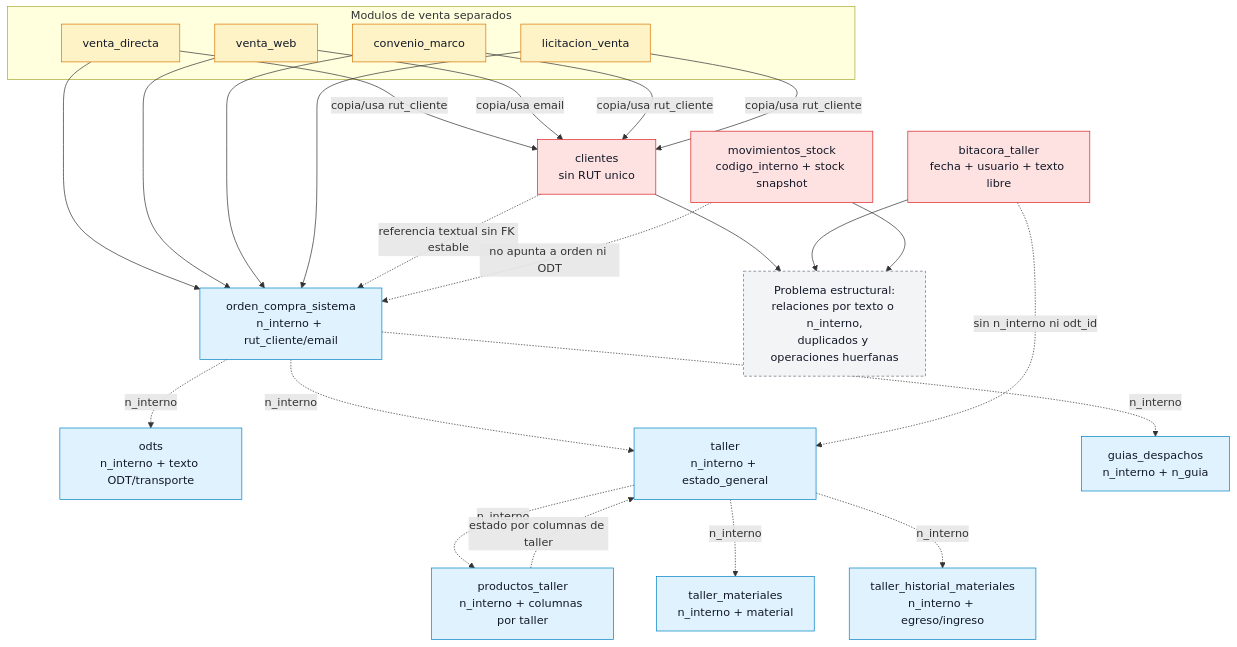
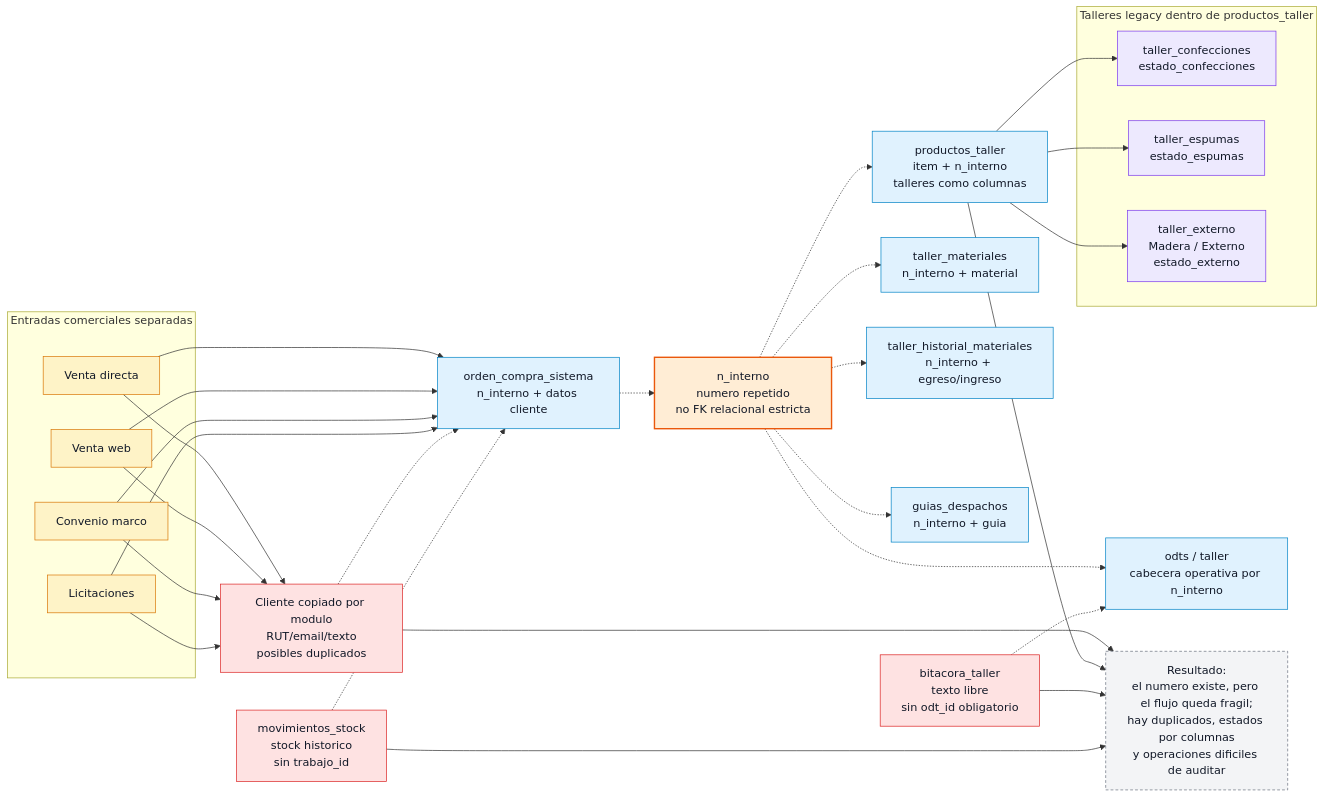
Before and after one commit to omilion/demo-ERP: the first of 2 diagrams in docs/flujos-erp-viejo-vs-nuevo-2026-05-19.md, drawn with Mermaid. The commit also changed other lines of this file, not shown here.

Commit message:
Refine ERP workflow charts

````diff
--- a/docs/flujos-erp-viejo-vs-nuevo-2026-05-19.md
+++ b/docs/flujos-erp-viejo-vs-nuevo-2026-05-19.md
@@ -10,51 +9,63 @@
 ```mermaid
-flowchart TB
-  classDef module fill:#FEF3C7,stroke:#D97706,color:#111827,stroke-width:1px
+flowchart LR
+  classDef entry fill:#FEF3C7,stroke:#D97706,color:#111827,stroke-width:1px
+  classDef weak fill:#FEE2E2,stroke:#DC2626,color:#111827,stroke-width:1px
   classDef tbl fill:#E0F2FE,stroke:#0284C7,color:#111827,stroke-width:1px
-  classDef weak fill:#FEE2E2,stroke:#DC2626,color:#111827,stroke-width:1px
-  classDef note fill:#F3F4F6,stroke:#6B7280,color:#111827,stroke-dasharray:4 3
+  classDef key fill:#FFEDD5,stroke:#EA580C,color:#111827,stroke-width:2px
+  classDef shop fill:#EDE9FE,stroke:#7C3AED,color:#111827,stroke-width:1px
+  classDef problem fill:#F3F4F6,stroke:#6B7280,color:#111827,stroke-dasharray:4 3
 
-  subgraph M["Modulos de venta separados"]
-    VD["venta_directa"]:::module
-    VW["venta_web"]:::module
-    CM["convenio_marco"]:::module
-    LV["licitacion_venta"]:::module
+  subgraph V["Entradas comerciales separadas"]
+    VD["Venta directa"]:::entry
+    VW["Venta web"]:::entry
+    CM["Convenio marco"]:::entry
+    LV["Licitaciones"]:::entry
   end
 
-  C["clientes<br/>sin RUT unico"]:::weak
-  OC["orden_compra_sistema<br/>n_interno + rut_cliente/email"]:::tbl
-  ODTC["odts<br/>n_interno + texto ODT/transporte"]:::tbl
-  T["taller<br/>n_interno + estado_general"]:::tbl
-  PT["productos_taller<br/>n_interno + columnas por taller"]:::tbl
-  TT["taller_materiales<br/>n_interno + material"]:::tbl
-  TH["taller_historial_materiales<br/>n_interno + egreso/ingreso"]:::tbl
-  B["bitacora_taller<br/>fecha + usuario + texto libre"]:::weak
-  GD["guias_despachos<br/>n_interno + n_guia"]:::tbl
-  MS["movimientos_stock<br/>codigo_interno + stock snapshot"]:::weak
+  CL["Cliente copiado por modulo<br/>RUT/email/texto<br/>posibles duplicados"]:::weak
+  OC["orden_compra_sistema<br/>n_interno + datos cliente"]:::tbl
+  NI["n_interno<br/>numero repetido<br/>no FK relacional estricta"]:::key
+  ODT["odts / taller<br/>cabecera operativa por n_interno"]:::tbl
+  PT["productos_taller<br/>item + n_interno<br/>talleres como columnas"]:::tbl
 
-  VD -->|"copia/usa rut_cliente"| C
-  VW -->|"copia/usa email"| C
-  CM -->|"copia/usa rut_cliente"| C
-  LV -->|"copia/usa rut_cliente"| C
+  subgraph TC["Talleres legacy dentro de productos_taller"]
+    CONF["taller_confecciones<br/>estado_confecciones"]:::shop
+    ESP["taller_espumas<br/>estado_espumas"]:::shop
+    MAD["taller_externo<br/>Madera / Externo<br/>estado_externo"]:::shop
+  end
 
+  MAT["taller_materiales<br/>n_interno + material"]:::tbl
+  HMAT["taller_historial_materiales<br/>n_interno + egreso/ingreso"]:::tbl
+  GD["guias_despachos<br/>n_interno + guia"]:::tbl
+  BIT["bitacora_taller<br/>texto libre<br/>sin odt_id obligatorio"]:::weak
+  MS["movimientos_stock<br/>stock historico<br/>sin trabajo_id"]:::weak
+
+  VD --> CL
+  VW --> CL
+  CM --> CL
+  LV --> CL
   VD --> OC
   VW --> OC
   CM --> OC
   LV --> OC
 
-  C -. "referencia textual sin FK estable" .-> OC
-  OC -. "n_interno" .-> ODTC
-  OC -. "n_interno" .-> T
-  OC -. "n_interno" .-> GD
-  T -. "n_interno" .-> PT
-  T -. "n_interno" .-> TT
-  T -. "n_interno" .-> TH
-  PT -. "estado por columnas de taller" .-> T
-  B -. "sin n_interno ni odt_id" .-> T
-  MS -. "no apunta a orden ni ODT" .-> OC
+  CL -.-> OC
+  OC -.-> NI
+  NI -.-> ODT
+  NI -.-> PT
+  NI -.-> MAT
+  NI -.-> HMAT
+  NI -.-> GD
 
-  R1["Problema estructural:<br/>relaciones por texto o n_interno,<br/>duplicados y operaciones huerfanas"]:::note
-  C --> R1
-  B --> R1
-  MS --> R1
+  PT --> CONF
+  PT --> ESP
+  PT --> MAD
+  BIT -.-> ODT
+  MS -.-> OC
+
+  P1["Resultado:<br/>el numero existe, pero el flujo queda fragil;<br/>hay duplicados, estados por columnas<br/>y operaciones dificiles de auditar"]:::problem
+  CL --> P1
+  PT --> P1
+  BIT --> P1
+  MS --> P1
 ```
````
